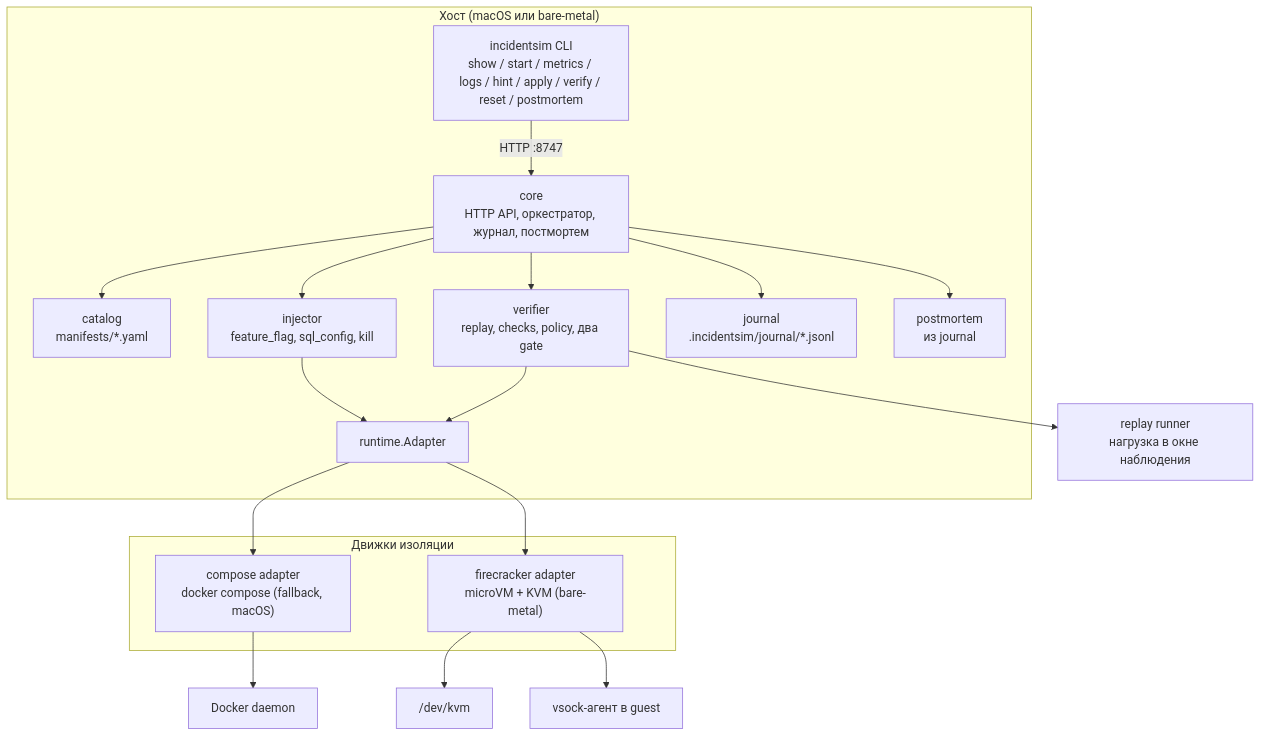
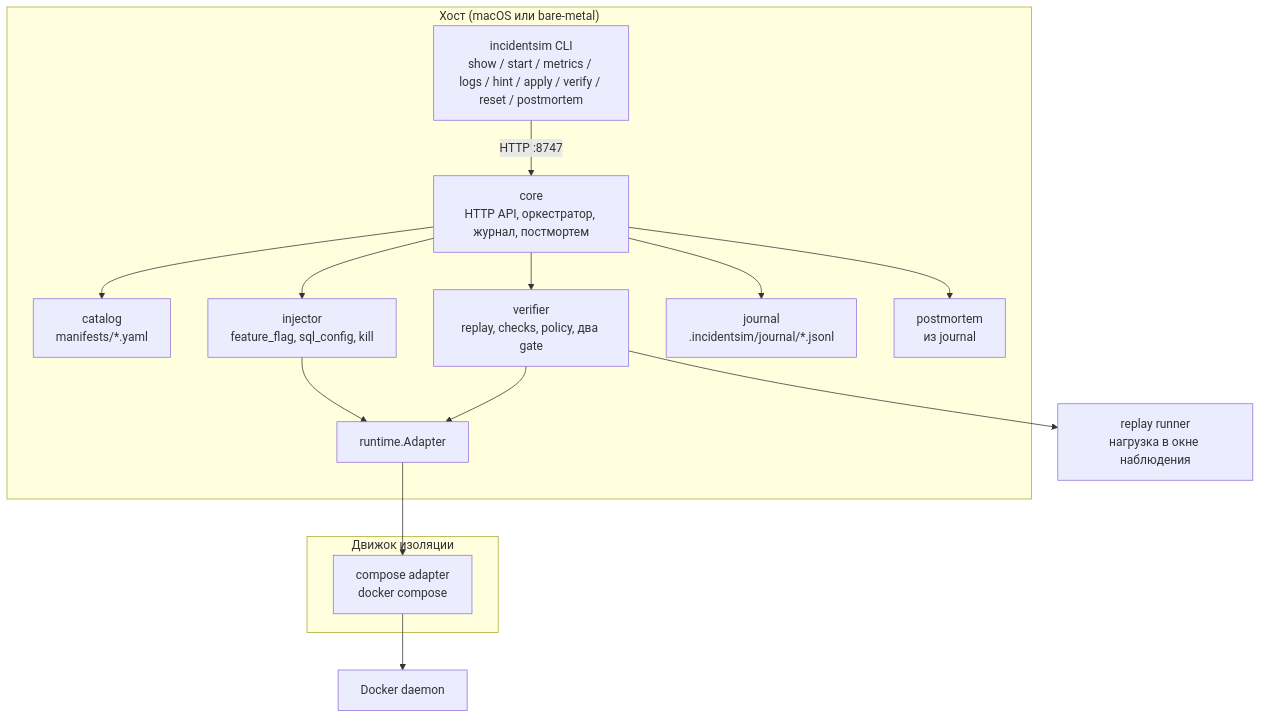
Before and after one commit to pluplohapy/IncidentSim: the first of 3 diagrams in docs/architecture.md, drawn with Mermaid. The commit also changed other lines of this file and 51 other files, not shown here.

````diff
--- a/docs/architecture.md
+++ b/docs/architecture.md
@@ -8,24 +8,21 @@
 ```mermaid
 flowchart TB
     subgraph host["Хост (macOS или bare-metal)"]
         CLI["incidentsim CLI<br/>show / start / metrics / logs / hint / apply / verify / reset / postmortem"]
         CORE["core<br/>HTTP API, оркестратор, журнал, постмортем"]
         CAT["catalog<br/>manifests/*.yaml"]
         CLI -->|HTTP :8747| CORE
         CORE --> CAT
         CORE --> INJ["injector<br/>feature_flag, sql_config, kill"]
         CORE --> VER["verifier<br/>replay, checks, policy, два gate"]
         INJ --> RT["runtime.Adapter"]
         VER --> RT
         CORE --> JRN["journal<br/>.incidentsim/journal/*.jsonl"]
         CORE --> PM["postmortem<br/>из journal"]
     end
-    subgraph engines["Движки изоляции"]
-        RT --> COMPOSE["compose adapter<br/>docker compose (fallback, macOS)"]
-        RT --> FC["firecracker adapter<br/>microVM + KVM (bare-metal)"]
+    subgraph engines["Движок изоляции"]
+        RT --> COMPOSE["compose adapter<br/>docker compose"]
     end
     COMPOSE --> DOCKER["Docker daemon"]
-    FC --> KVM["/dev/kvm"]
-    FC --> VSOCK["vsock-агент в guest"]
     VER --> LOAD["replay runner<br/>нагрузка в окне наблюдения"]
 ```
````
